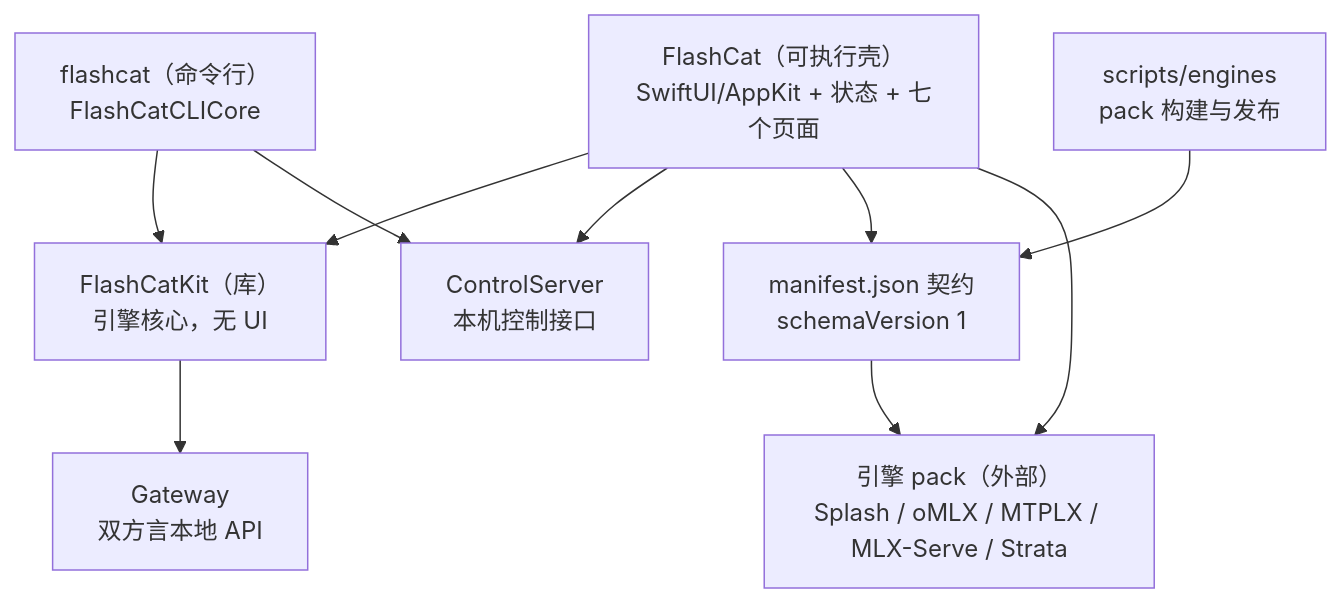
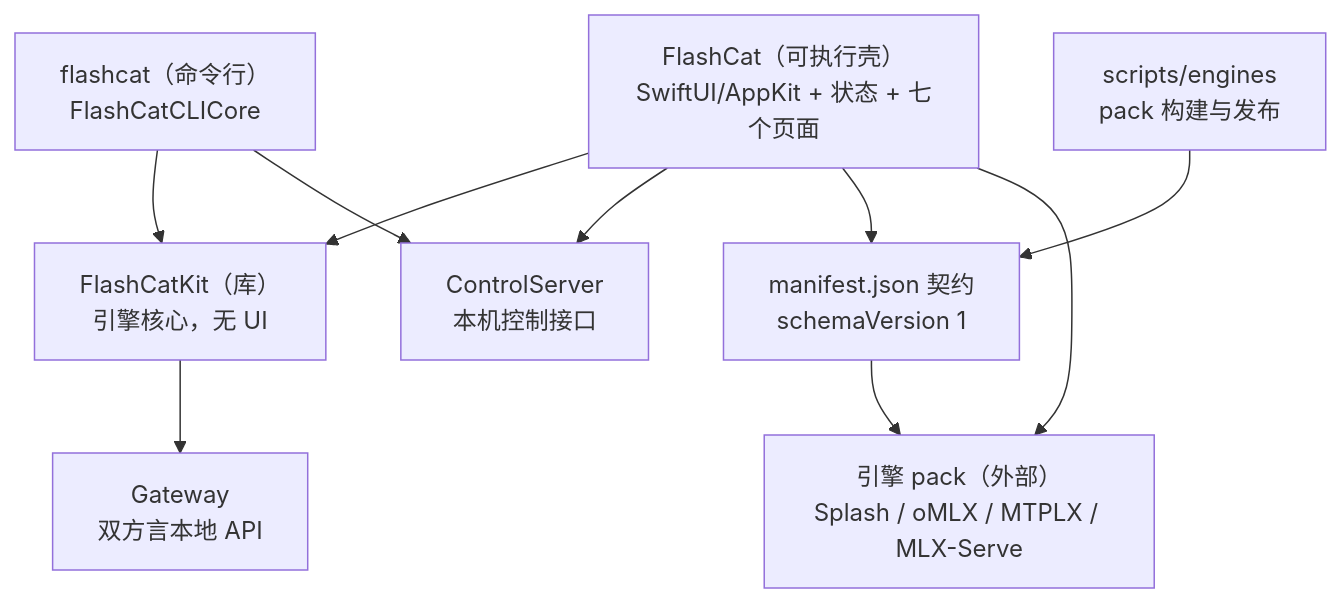
One commit to imi4u36d/flashCat changed the diagram in architecture.md. Above: the diagram before and after it, drawn with Mermaid. The commit also changed other lines of this file and 82 other files, not shown here.

````diff
--- a/architecture.md
+++ b/architecture.md
@@ -16,21 +16,21 @@
 ```mermaid
 graph TD
   App["FlashCat（可执行壳）<br/>SwiftUI/AppKit + 状态 + 七个页面"]
   Kit["FlashCatKit（库）<br/>引擎核心，无 UI"]
   Control["ControlServer<br/>本机控制接口"]
   CLI["flashcat（命令行）<br/>FlashCatCLICore"]
   GW["Gateway<br/>双方言本地 API"]
   Packs["scripts/engines<br/>pack 构建与发布"]
   Contract["manifest.json 契约<br/>schemaVersion 1"]
-  Engine["引擎 pack（外部）<br/>Splash / oMLX / MTPLX / MLX-Serve / Strata"]
+  Engine["引擎 pack（外部）<br/>Splash / oMLX / MTPLX / MLX-Serve"]
 
   App --> Kit
   App --> Control
   Kit --> GW
   CLI --> Kit
   CLI --> Control
   App --> Contract
   Packs --> Contract
   Contract --> Engine
   App --> Engine
 ```
````
